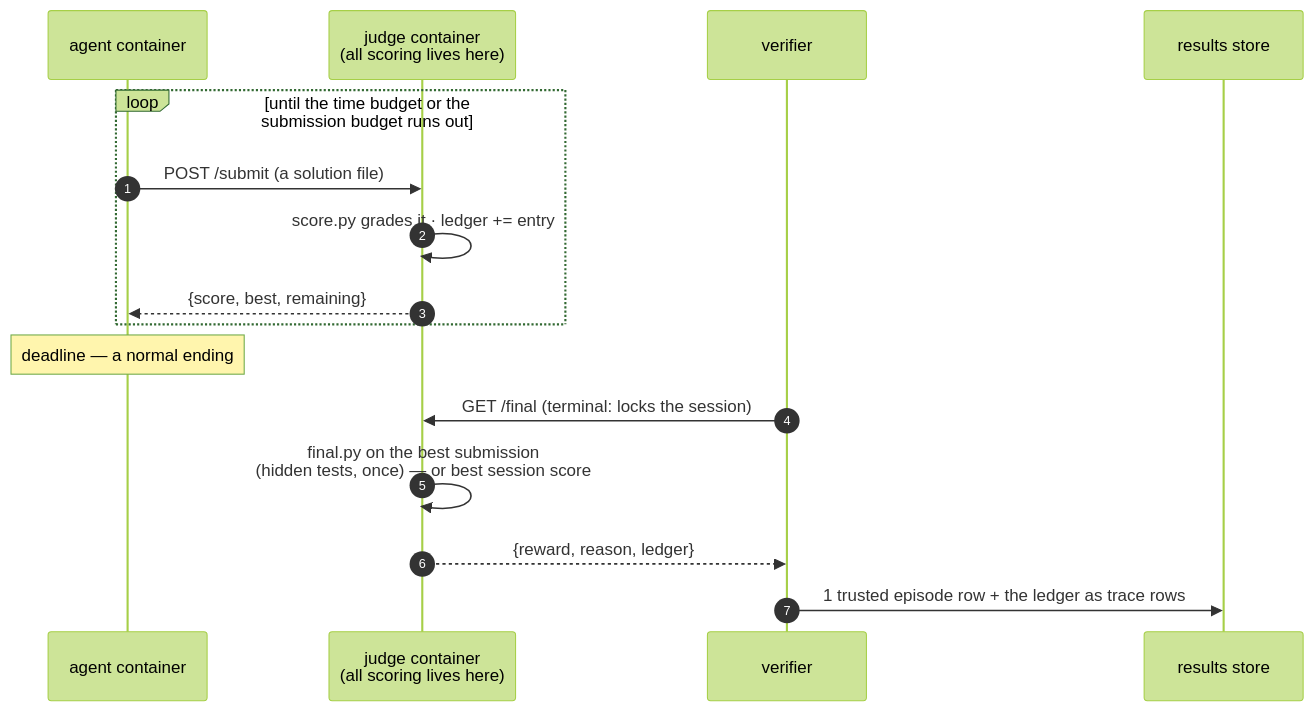
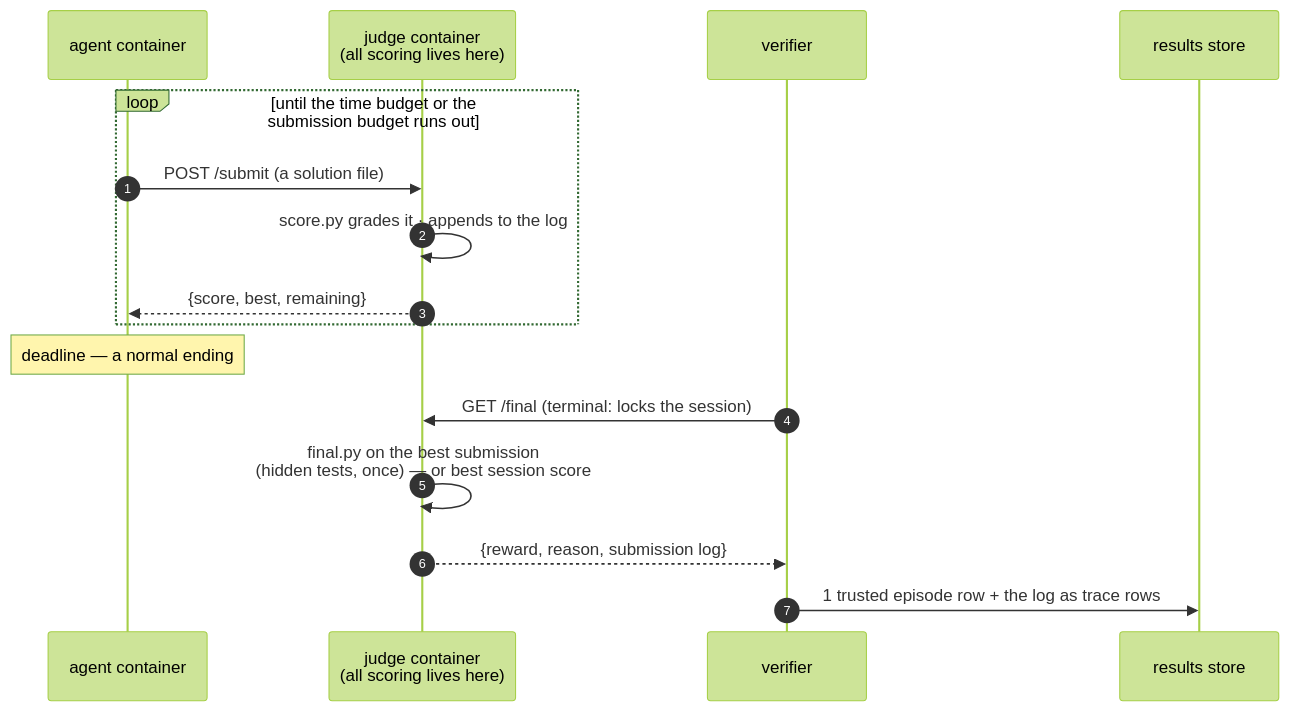
The diagram in docs/design.md (Human-Agent-Society/tide-eval), drawn with Mermaid (forest theme) before and after one commit. The commit also changed other lines of this file and 32 other files, not shown here.

````diff
--- a/docs/design.md
+++ b/docs/design.md
@@ -28,19 +28,19 @@
 ```mermaid
 sequenceDiagram
     autonumber
     participant A as agent container
     participant J as judge container<br/>(all scoring lives here)
     participant V as verifier
     participant S as results store
 
     loop until the time budget or the submission budget runs out
         A->>J: POST /submit (a solution file)
-        J->>J: score.py grades it · ledger += entry
+        J->>J: score.py grades it · appends to the log
         J-->>A: {score, best, remaining}
     end
     Note over A: deadline — a normal ending
     V->>J: GET /final (terminal: locks the session)
     J->>J: final.py on the best submission<br/>(hidden tests, once) — or best session score
-    J-->>V: {reward, reason, ledger}
-    V->>S: 1 trusted episode row + the ledger as trace rows
+    J-->>V: {reward, reason, submission log}
+    V->>S: 1 trusted episode row + the log as trace rows
 ```
````
